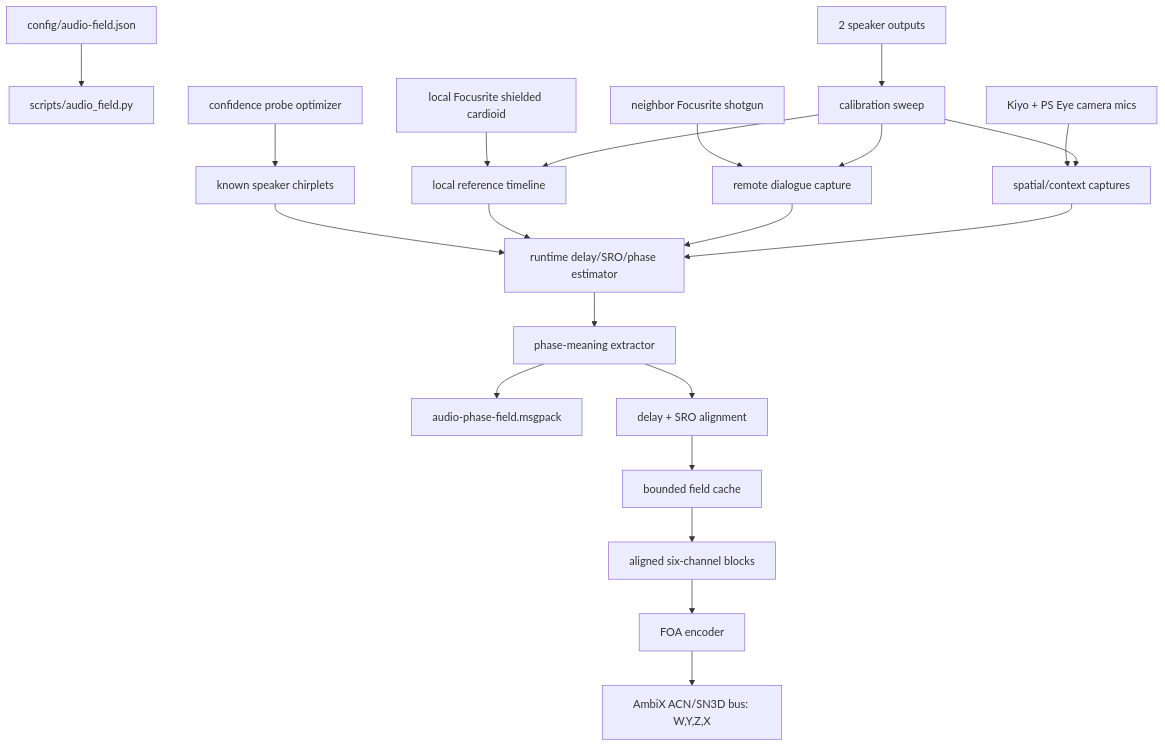
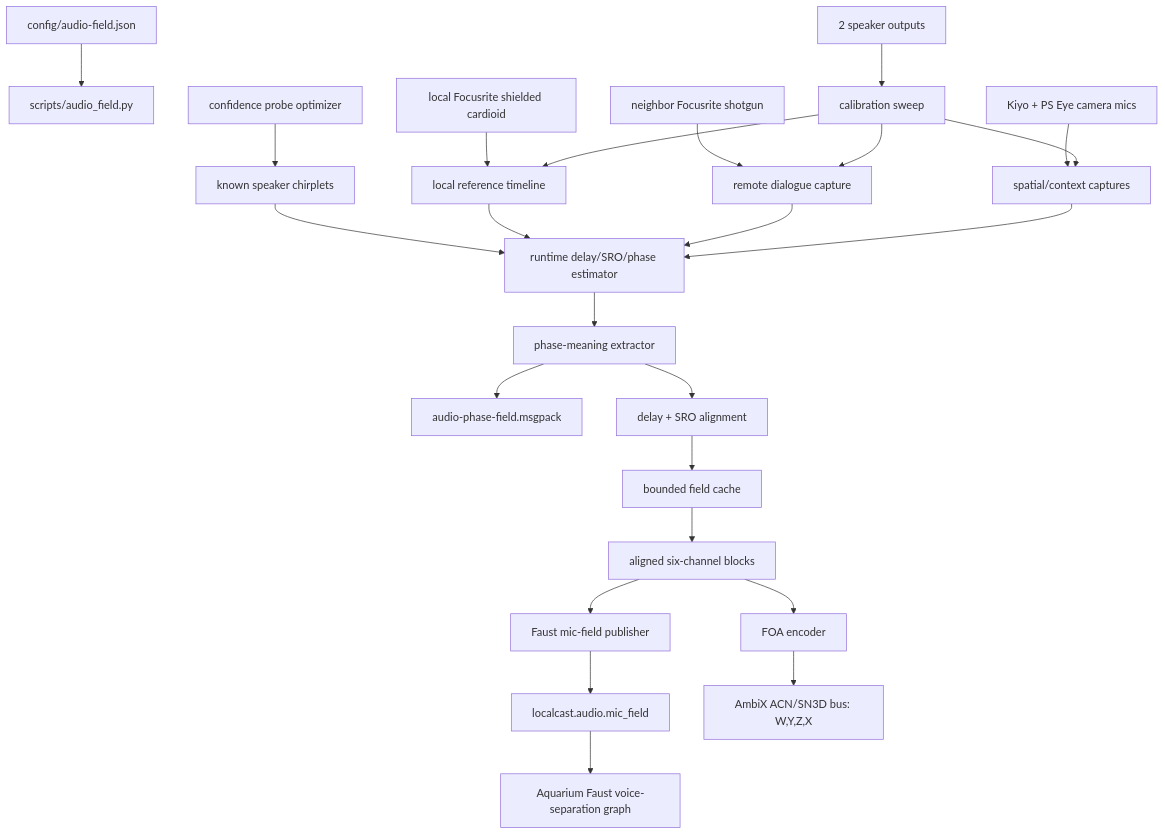
Before and after one commit to GameCult/Mimir: the second of 4 diagrams in notes/current-system-map.md, drawn with Mermaid. The commit also changed other lines of this file and 11 other files, not shown here.

Commit message:
Publish aligned mic field for Faust separation

````diff
--- a/notes/current-system-map.md
+++ b/notes/current-system-map.md
@@ -42,23 +42,26 @@
 ```mermaid
 flowchart TD
     A["config/audio-field.json"] --> B["scripts/audio_field.py"]
     C["local Focusrite shielded cardioid"] --> D["local reference timeline"]
     E["neighbor Focusrite shotgun"] --> F["remote dialogue capture"]
     G["Kiyo + PS Eye camera mics"] --> H["spatial/context captures"]
     I["2 speaker outputs"] --> J["calibration sweep"]
     J --> D
     J --> F
     J --> H
     R["confidence probe optimizer"] --> P["known speaker chirplets"]
     P --> Q["runtime delay/SRO/phase estimator"]
     D --> Q
     F --> Q
     H --> Q
     Q --> S["phase-meaning extractor"]
     S --> T["audio-phase-field.msgpack"]
     S --> K["delay + SRO alignment"]
     K --> L["bounded field cache"]
     L --> M["aligned six-channel blocks"]
     M --> N["FOA encoder"]
+    M --> V["Faust mic-field publisher"]
+    V --> W["localcast.audio.mic_field"]
+    W --> X["Aquarium Faust voice-separation graph"]
     N --> O["AmbiX ACN/SN3D bus: W,Y,Z,X"]
 ```
````
